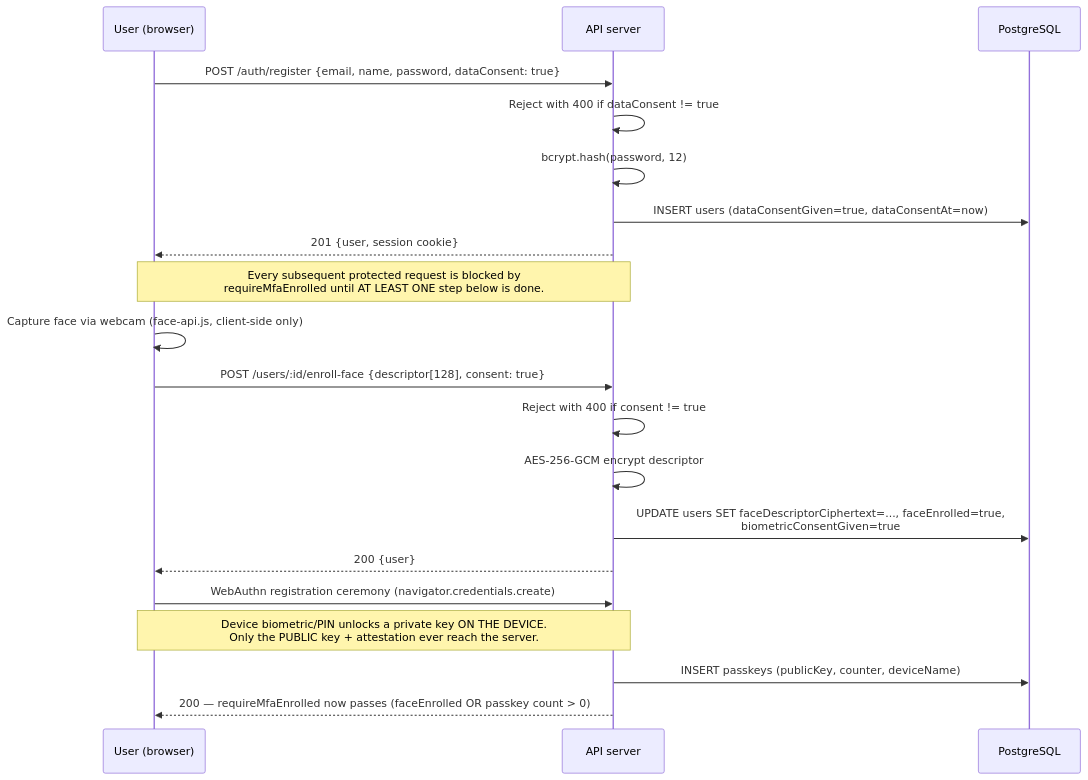
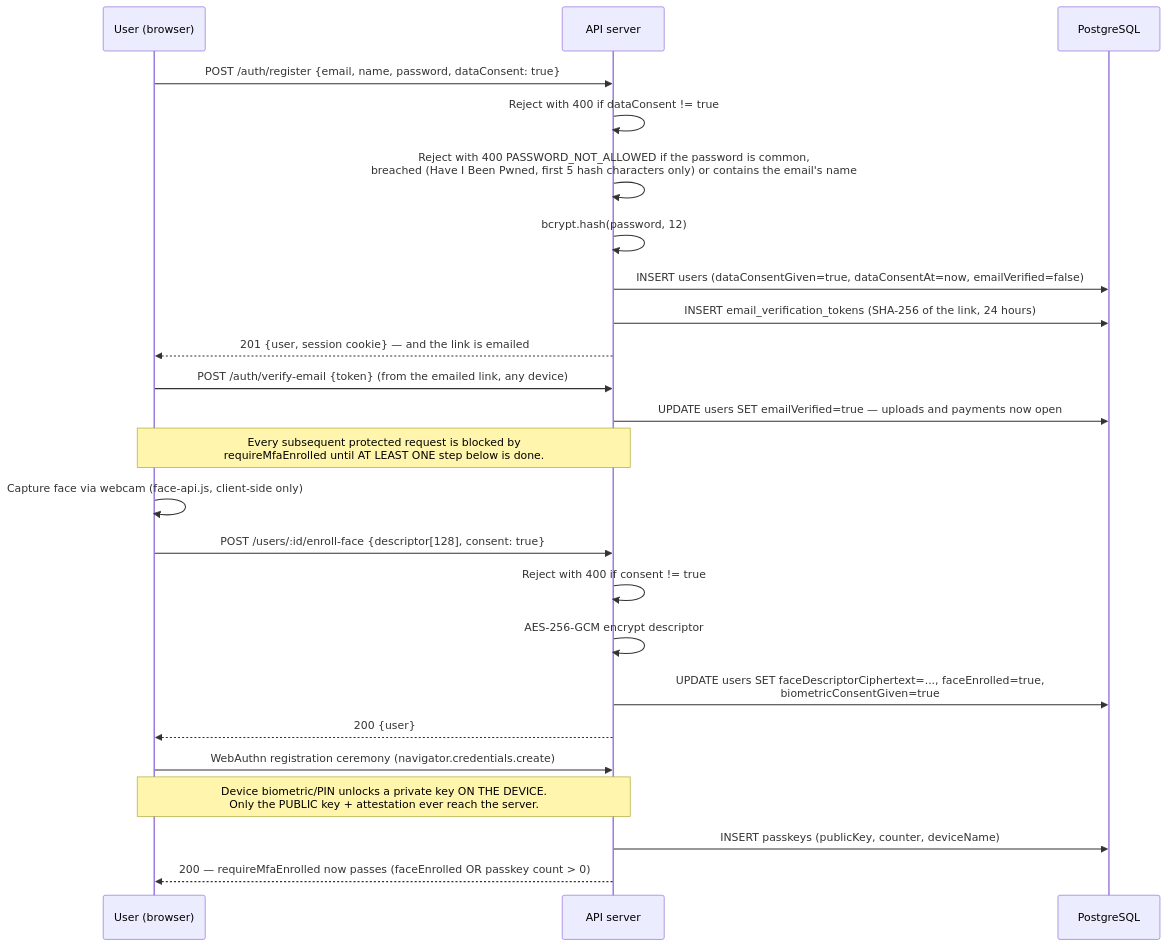
Before and after one commit to choudharyprafful/Biometric-Authentication: the first of 3 diagrams in docs/02_Authentication_Flow.md, drawn with Mermaid. The commit also changed other lines of this file and 6 other files, not shown here.

````diff
--- a/docs/02_Authentication_Flow.md
+++ b/docs/02_Authentication_Flow.md
@@ -8,26 +8,30 @@
 ```mermaid
 sequenceDiagram
     participant U as User (browser)
     participant A as API server
     participant DB as PostgreSQL
 
     U->>A: POST /auth/register {email, name, password, dataConsent: true}
     A->>A: Reject with 400 if dataConsent != true
+    A->>A: Reject with 400 PASSWORD_NOT_ALLOWED if the password is common,<br/>breached (Have I Been Pwned, first 5 hash characters only) or contains the email's name
     A->>A: bcrypt.hash(password, 12)
-    A->>DB: INSERT users (dataConsentGiven=true, dataConsentAt=now)
-    A-->>U: 201 {user, session cookie}
+    A->>DB: INSERT users (dataConsentGiven=true, dataConsentAt=now, emailVerified=false)
+    A->>DB: INSERT email_verification_tokens (SHA-256 of the link, 24 hours)
+    A-->>U: 201 {user, session cookie} — and the link is emailed
+    U->>A: POST /auth/verify-email {token} (from the emailed link, any device)
+    A->>DB: UPDATE users SET emailVerified=true — uploads and payments now open
 
     Note over U,A: Every subsequent protected request is blocked by<br/>requireMfaEnrolled until AT LEAST ONE step below is done.
 
     U->>U: Capture face via webcam (face-api.js, client-side only)
     U->>A: POST /users/:id/enroll-face {descriptor[128], consent: true}
     A->>A: Reject with 400 if consent != true
     A->>A: AES-256-GCM encrypt descriptor
     A->>DB: UPDATE users SET faceDescriptorCiphertext=..., faceEnrolled=true,<br/>biometricConsentGiven=true
     A-->>U: 200 {user}
 
     U->>A: WebAuthn registration ceremony (navigator.credentials.create)
     Note over U,A: Device biometric/PIN unlocks a private key ON THE DEVICE.<br/>Only the PUBLIC key + attestation ever reach the server.
     A->>DB: INSERT passkeys (publicKey, counter, deviceName)
     A-->>U: 200 — requireMfaEnrolled now passes (faceEnrolled OR passkey count > 0)
 ```
````
